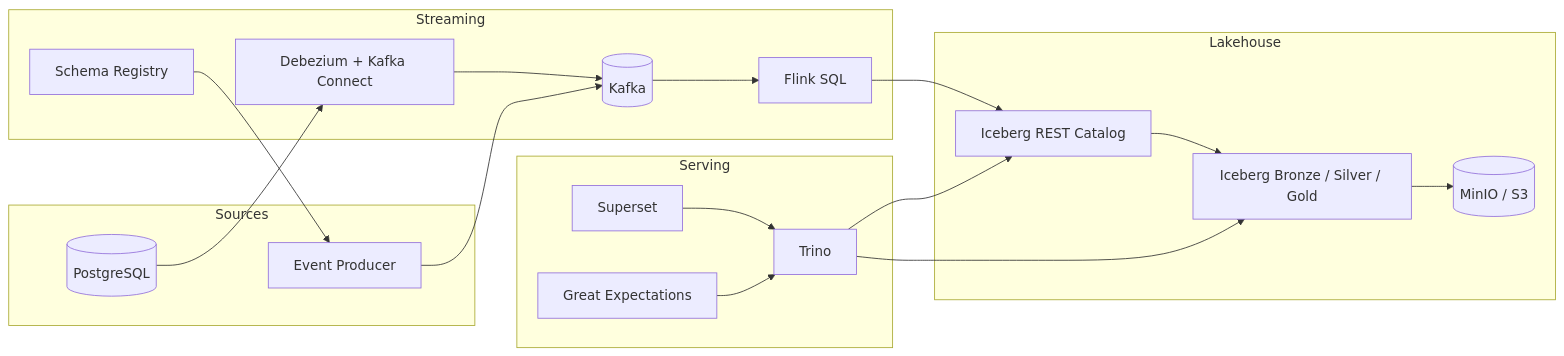
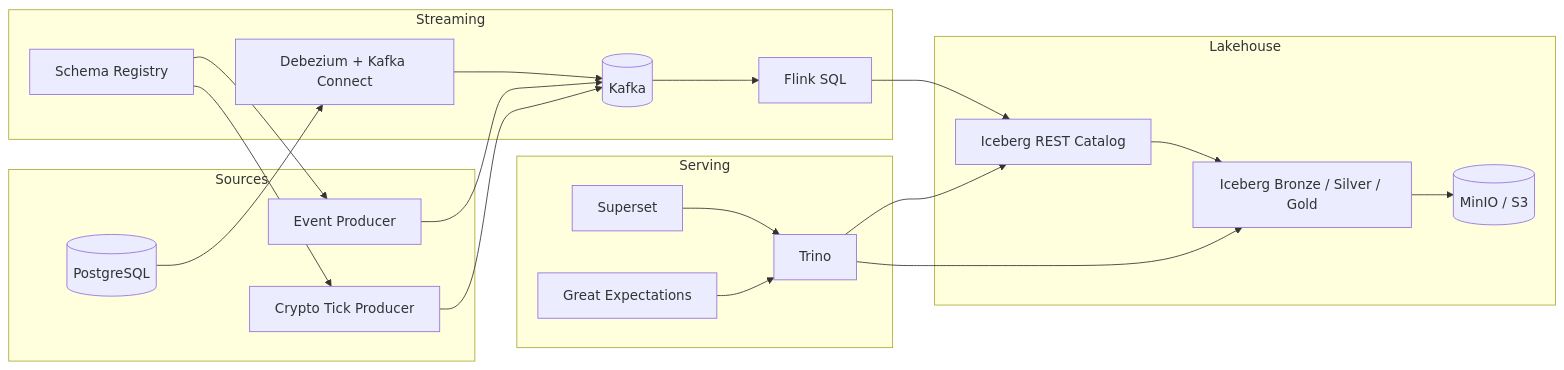
The diagram in README.md (YoongeonChoi/Realtime-Lakehouse-Mini-Platform-CDC-Streaming-Iceberg-), drawn with Mermaid before and after one commit. The commit also changed other lines of this file and 16 other files, not shown here.

Commit message:
Add crypto tick stream expansion

````diff
--- a/README.md
+++ b/README.md
@@ -33,38 +36,41 @@
 ```mermaid
 flowchart LR
     subgraph Sources
         PG[(PostgreSQL)]
         APP[Event Producer]
+        MKT[Crypto Tick Producer]
     end
 
     subgraph Streaming
         DBZ[Debezium + Kafka Connect]
         KAFKA[(Kafka)]
         SR[Schema Registry]
         FLINK[Flink SQL]
     end
 
     subgraph Lakehouse
         MINIO[(MinIO / S3)]
         REST[Iceberg REST Catalog]
         ICE[Iceberg Bronze / Silver / Gold]
     end
 
     subgraph Serving
         TRINO[Trino]
         SUPERSET[Superset]
         GX[Great Expectations]
     end
 
     PG --> DBZ --> KAFKA
     APP --> KAFKA
+    MKT --> KAFKA
     SR --> APP
+    SR --> MKT
     KAFKA --> FLINK
     FLINK --> REST
     REST --> ICE
     ICE --> MINIO
     TRINO --> REST
     TRINO --> ICE
     SUPERSET --> TRINO
     GX --> TRINO
 ```
````
